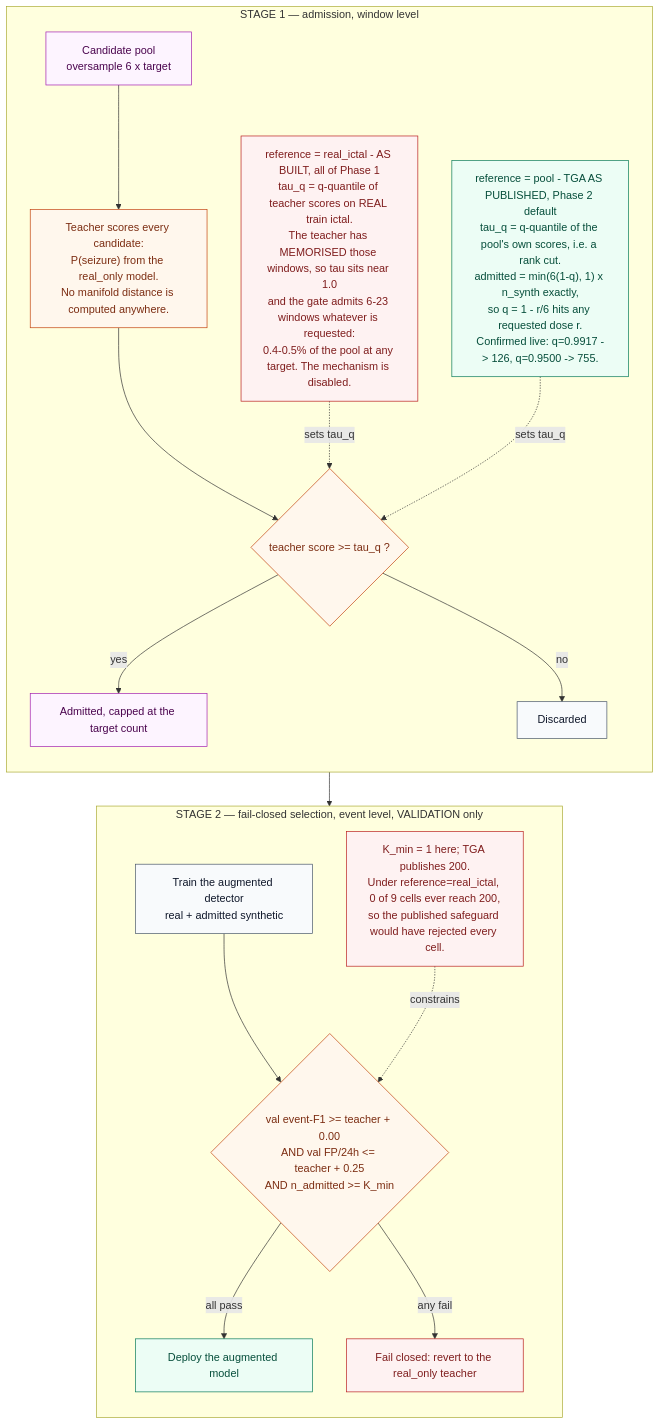
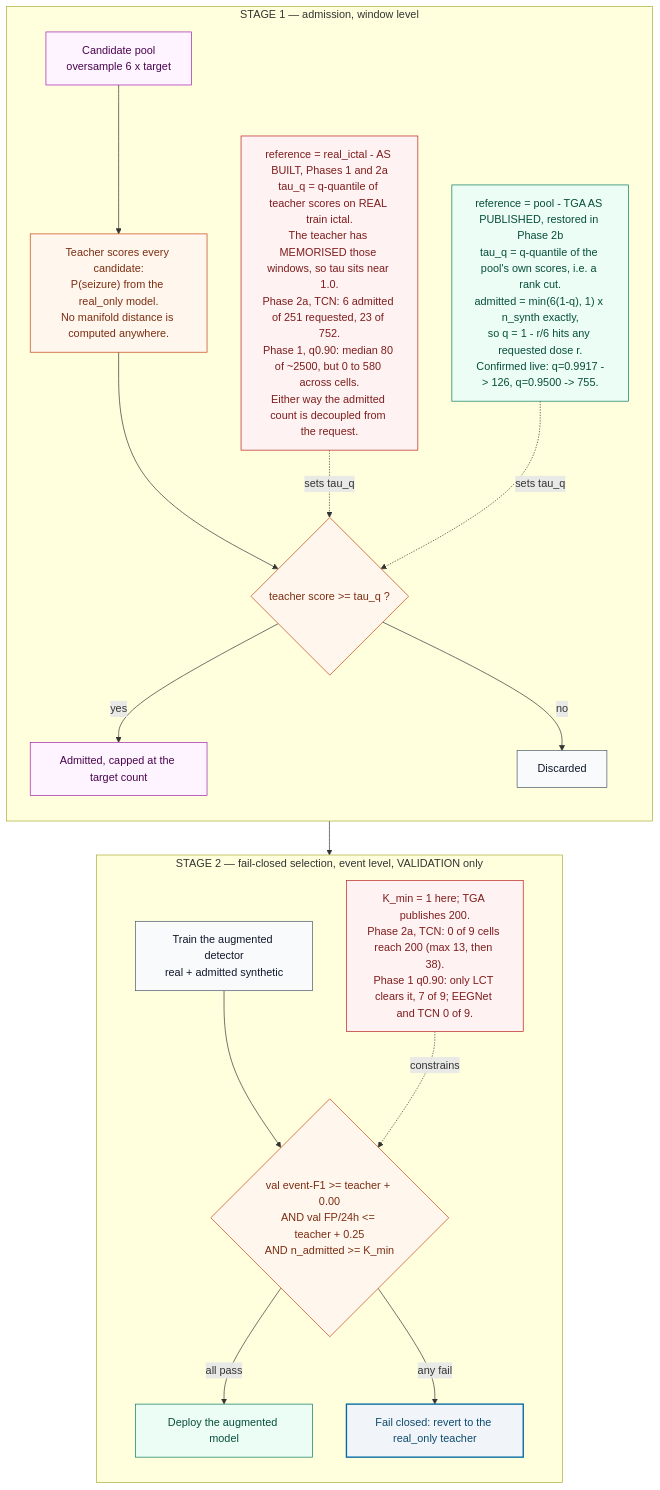
One commit to Oxidopamine/chbmit-synthetic-benchmark changed the third of 3 diagrams in README.md. Above: the diagram before and after it, drawn with Mermaid. The commit also changed other lines of this file and 10 other files, not shown here.

````diff
--- a/README.md
+++ b/README.md
@@ -280,31 +285,32 @@
 ```mermaid
 flowchart TB
   classDef pool  fill:#fdf4ff,stroke:#a21caf,color:#4a044e;
   classDef gate  fill:#fff7ed,stroke:#c2410c,color:#7c2d12;
   classDef bad   fill:#fef2f2,stroke:#b91c1c,color:#7f1d1d;
   classDef good  fill:#ecfdf5,stroke:#047857,color:#064e3b;
   classDef out   fill:#f8fafc,stroke:#475569,color:#0f172a;
+  classDef safe  fill:#f1f5f9,stroke:#0369a1,stroke-width:2px,color:#0c4a6e;
 
   subgraph ST1["STAGE 1 — admission, window level"]
     direction TB
     P["Candidate pool<br/>oversample 6 x target"]:::pool
     P --> SCORE["Teacher scores every candidate:<br/>P(seizure) from the real_only model.<br/>No manifold distance is computed anywhere."]:::gate
     SCORE --> CUT{"teacher score >= tau_q ?"}:::gate
     CUT -->|yes| KEEP["Admitted, capped at the target count"]:::pool
     CUT -->|no| DROP["Discarded"]:::out
-    R1["reference = real_ictal - AS BUILT, all of Phase 1<br/>tau_q = q-quantile of teacher scores on REAL train ictal.<br/>The teacher has MEMORISED those windows, so tau sits near 1.0<br/>and the gate admits 6-23 windows whatever is requested:<br/>0.4-0.5% of the pool at any target. The mechanism is disabled."]:::bad
-    R2["reference = pool - TGA AS PUBLISHED, Phase 2 default<br/>tau_q = q-quantile of the pool's own scores, i.e. a rank cut.<br/>admitted = min(6(1-q), 1) x n_synth exactly,<br/>so q = 1 - r/6 hits any requested dose r.<br/>Confirmed live: q=0.9917 -> 126, q=0.9500 -> 755."]:::good
+    R1["reference = real_ictal - AS BUILT, Phases 1 and 2a<br/>tau_q = q-quantile of teacher scores on REAL train ictal.<br/>The teacher has MEMORISED those windows, so tau sits near 1.0.<br/>Phase 2a, TCN: 6 admitted of 251 requested, 23 of 752.<br/>Phase 1, q0.90: median 80 of ~2500, but 0 to 580 across cells.<br/>Either way the admitted count is decoupled from the request."]:::bad
+    R2["reference = pool - TGA AS PUBLISHED, restored in Phase 2b<br/>tau_q = q-quantile of the pool's own scores, i.e. a rank cut.<br/>admitted = min(6(1-q), 1) x n_synth exactly,<br/>so q = 1 - r/6 hits any requested dose r.<br/>Confirmed live: q=0.9917 -> 126, q=0.9500 -> 755."]:::good
     R1 -. sets tau_q .-> CUT
     R2 -. sets tau_q .-> CUT
   end
 
   subgraph ST2["STAGE 2 — fail-closed selection, event level, VALIDATION only"]
     direction TB
     KEEP --> TRAIN["Train the augmented detector<br/>real + admitted synthetic"]:::out
     TRAIN --> DEC{"val event-F1 >= teacher + 0.00<br/>AND val FP/24h <= teacher + 0.25<br/>AND n_admitted >= K_min"}:::gate
     DEC -->|all pass| DEPLOY["Deploy the augmented model"]:::good
-    DEC -->|any fail| REVERT["Fail closed: revert to the real_only teacher"]:::bad
-    KMIN["K_min = 1 here; TGA publishes 200.<br/>Under reference=real_ictal, 0 of 9 cells ever reach 200,<br/>so the published safeguard would have rejected every cell."]:::bad
+    DEC -->|any fail| REVERT["Fail closed: revert to the real_only teacher"]:::safe
+    KMIN["K_min = 1 here; TGA publishes 200.<br/>Phase 2a, TCN: 0 of 9 cells reach 200 (max 13, then 38).<br/>Phase 1 q0.90: only LCT clears it, 7 of 9; EEGNet and TCN 0 of 9."]:::bad
     KMIN -. constrains .-> DEC
   end
 ```
````
